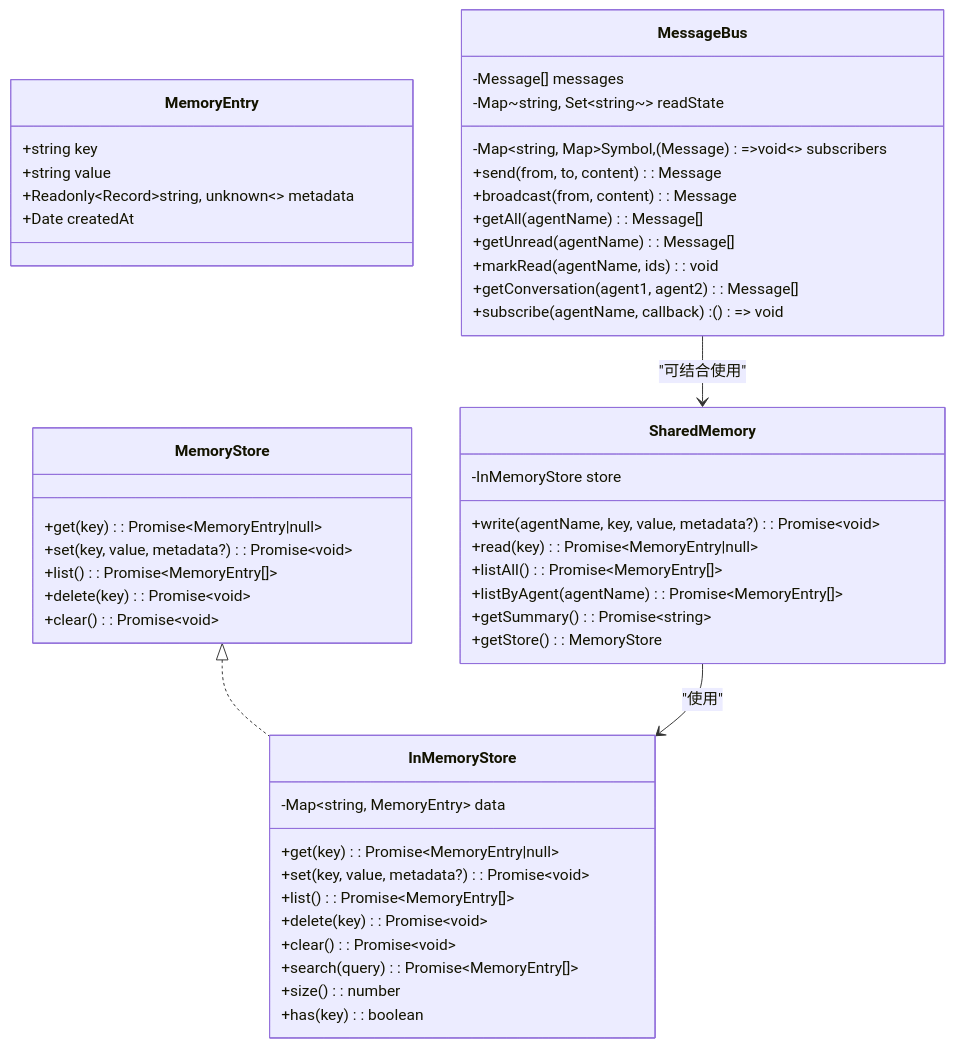
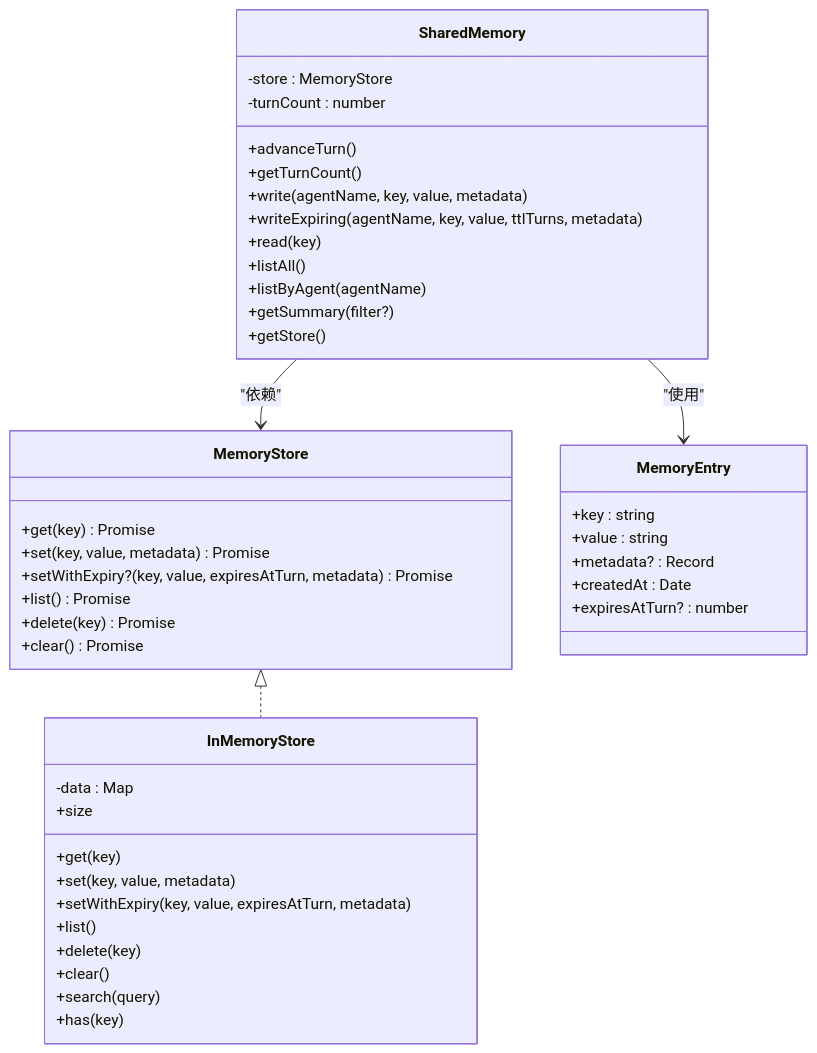
Before and after one commit to haolange/open-multi-agent: the second of 4 diagrams in .qoder/repowiki/zh/content/内存管理.md, drawn with Mermaid. The commit also changed other lines of this file and 100 other files, not shown here.

````diff
--- a/.qoder/repowiki/zh/content/内存管理.md
+++ b/.qoder/repowiki/zh/content/内存管理.md
@@ -91,51 +112,46 @@
 ```mermaid
 classDiagram
 class MemoryStore {
-+get(key) : Promise~MemoryEntry|null~
-+set(key, value, metadata?) : Promise~void~
-+list() : Promise~MemoryEntry[]~
-+delete(key) : Promise~void~
-+clear() : Promise~void~
++get(key) Promise<MemoryEntry|null>
++set(key, value, metadata) Promise<void>
++setWithExpiry?(key, value, expiresAtTurn, metadata) Promise<void>
++list() Promise<MemoryEntry[]>
++delete(key) Promise<void>
++clear() Promise<void>
 }
 class MemoryEntry {
-+string key
-+string value
-+Readonly~Record~string, unknown~~ metadata
-+Date createdAt
++key : string
++value : string
++metadata? : Record<string, unknown>
++createdAt : Date
++expiresAtTurn? : number
 }
 class InMemoryStore {
--Map~string, MemoryEntry~ data
-+get(key) : Promise~MemoryEntry|null~
-+set(key, value, metadata?) : Promise~void~
-+list() : Promise~MemoryEntry[]~
-+delete(key) : Promise~void~
-+clear() : Promise~void~
-+search(query) : Promise~MemoryEntry[]~
-+size() : number
-+has(key) : boolean
+-data : Map<string, MemoryEntry>
++get(key)
++set(key, value, metadata)
++setWithExpiry(key, value, expiresAtTurn, metadata)
++list()
++delete(key)
++clear()
++search(query)
++size
++has(key)
 }
 class SharedMemory {
--InMemoryStore store
-+write(agentName, key, value, metadata?) : Promise~void~
-+read(key) : Promise~MemoryEntry|null~
-+listAll() : Promise~MemoryEntry[]~
-+listByAgent(agentName) : Promise~MemoryEntry[]~
-+getSummary() : Promise~string~
-+getStore() : MemoryStore
-}
-class MessageBus {
--Message[] messages
--Map~string, Set~string~~ readState
--Map~string, Map~Symbol, (Message)=>void~~ subscribers
-+send(from, to, content) : Message
-+broadcast(from, content) : Message
-+getAll(agentName) : Message[]
-+getUnread(agentName) : Message[]
-+markRead(agentName, ids) : void
-+getConversation(agent1, agent2) : Message[]
-+subscribe(agentName, callback) : () => void
+-store : MemoryStore
+-turnCount : number
++advanceTurn()
++getTurnCount()
++write(agentName, key, value, metadata)
++writeExpiring(agentName, key, value, ttlTurns, metadata)
++read(key)
++listAll()
++listByAgent(agentName)
++getSummary(filter?)
++getStore()
 }
 MemoryStore <|.. InMemoryStore
-SharedMemory --> InMemoryStore : "使用"
-MessageBus --> SharedMemory : "可结合使用"
+SharedMemory --> MemoryStore : "依赖"
+SharedMemory --> MemoryEntry : "使用"
 ```
````
